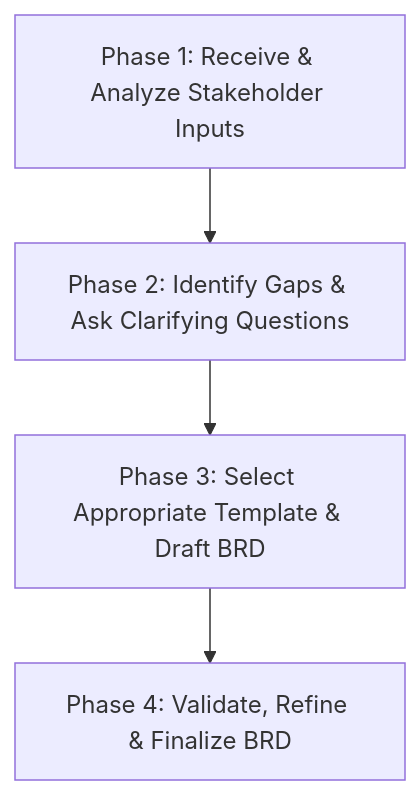
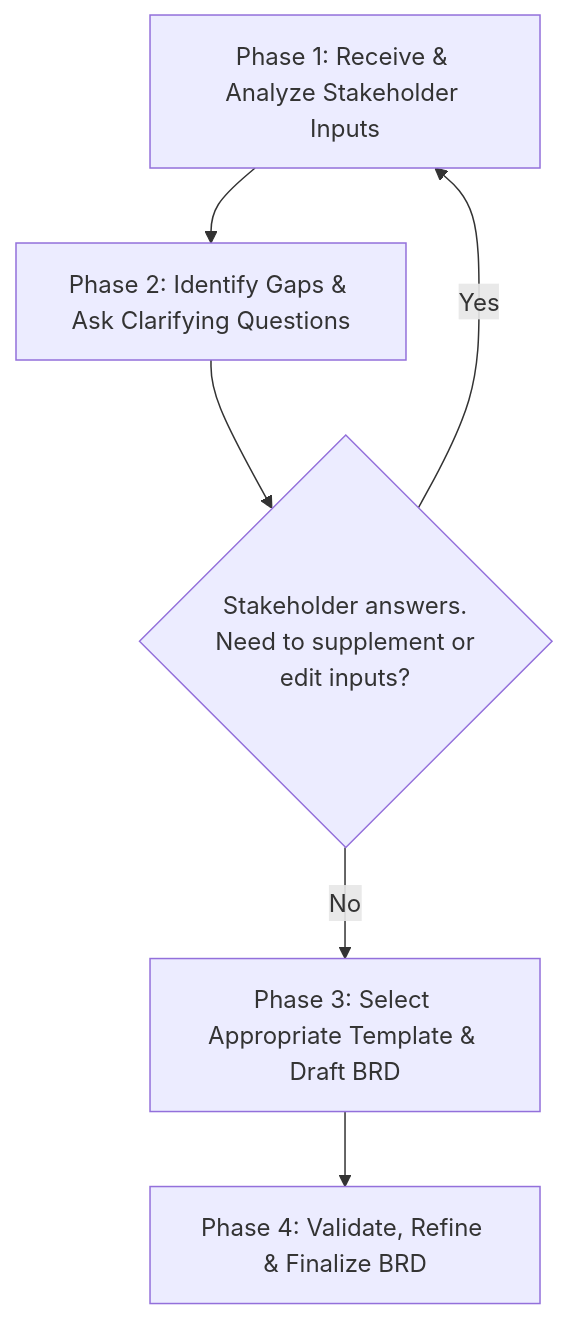
Before and after one commit to jacksparrbin/AI-Agents-BRD-: the diagram in Guides/po_brd_creator_skill.md, drawn with Mermaid. The commit also changed other lines of this file and 3 other files, not shown here.

````diff
--- a/Guides/po_brd_creator_skill.md
+++ b/Guides/po_brd_creator_skill.md
@@ -19,6 +19,8 @@
 ```mermaid
 graph TD
     A[Phase 1: Receive & Analyze Stakeholder Inputs] --> B[Phase 2: Identify Gaps & Ask Clarifying Questions]
-    B --> C[Phase 3: Select Appropriate Template & Draft BRD]
-    C --> D[Phase 4: Validate, Refine & Finalize BRD]
+    B --> C{Stakeholder answers. <br> Need to supplement or <br> edit inputs?}
+    C -- Yes --> A
+    C -- No --> D[Phase 3: Select Appropriate Template & Draft BRD]
+    D --> E[Phase 4: Validate, Refine & Finalize BRD]
 ```
````
